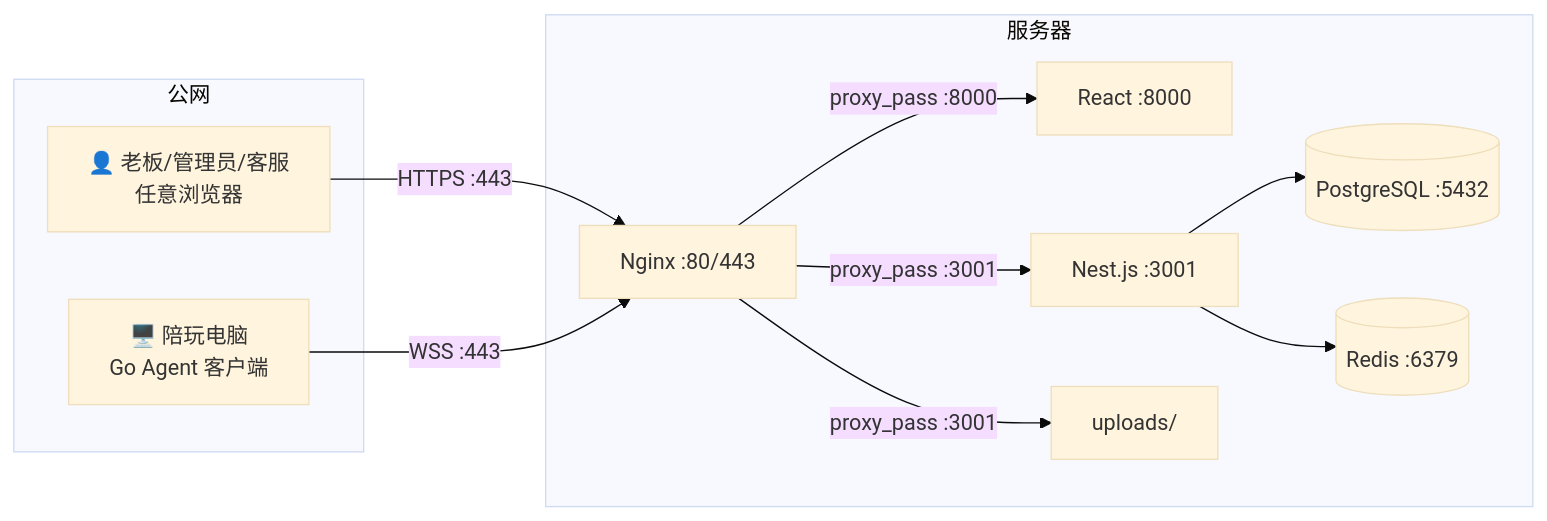
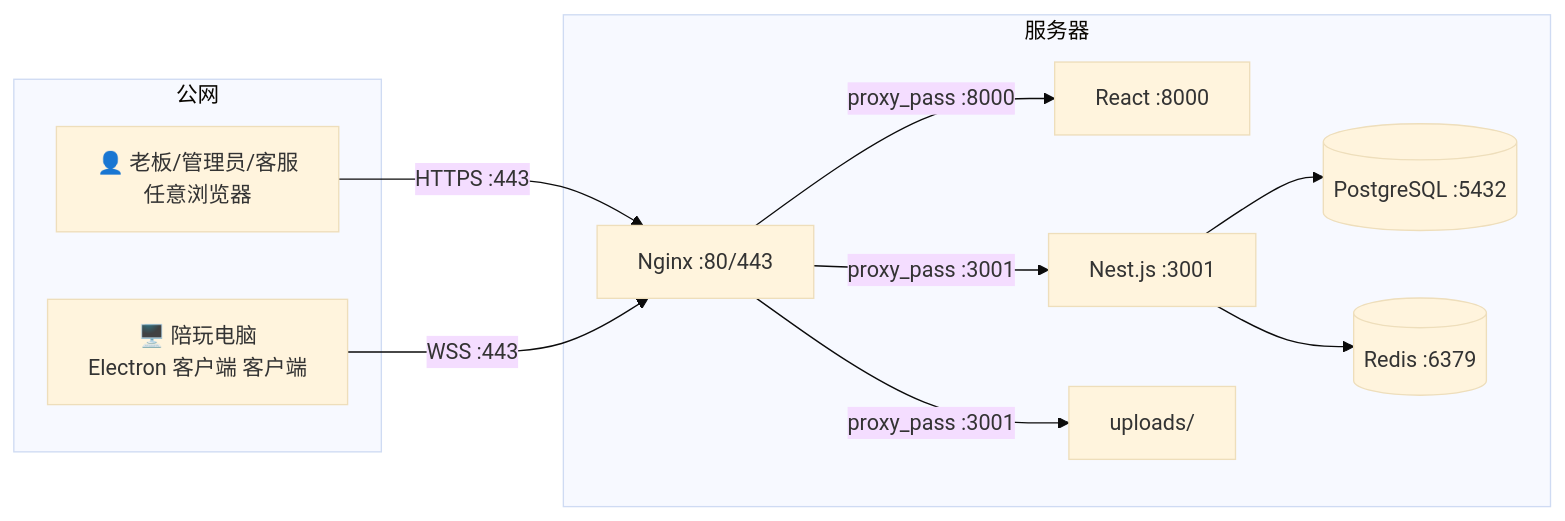
Before and after one commit to jonell/game-workspace: the second of 10 diagrams in docs/ARCHITECTURE.md, drawn with Mermaid (base theme). The commit also changed other lines of this file and 29 other files, not shown here.

First line of the commit message:
chore: remove Go Agent code and references, replaced by Electron companion app

````diff
--- a/docs/ARCHITECTURE.md
+++ b/docs/ARCHITECTURE.md
@@ -64,24 +64,24 @@
 ```mermaid
 graph LR
     subgraph 公网
         USER["👤 老板/管理员/客服<br/>任意浏览器"]
-        CP["🖥️ 陪玩电脑<br/>Go Agent 客户端"]
+        CP["🖥️ 陪玩电脑<br/>Electron 客户端 客户端"]
     end
 
     subgraph 服务器
         NGINX["Nginx :80/443"]
         WEB["React :8000"]
         API["Nest.js :3001"]
         PG[("PostgreSQL :5432")]
         REDIS[("Redis :6379")]
         UPLOAD["uploads/"]
     end
 
     USER -->|"HTTPS :443"| NGINX
     CP -->|"WSS :443"| NGINX
     NGINX -->|"proxy_pass :8000"| WEB
     NGINX -->|"proxy_pass :3001"| API
     NGINX -->|"proxy_pass :3001"| UPLOAD
     API --> PG
     API --> REDIS
 ```
````
